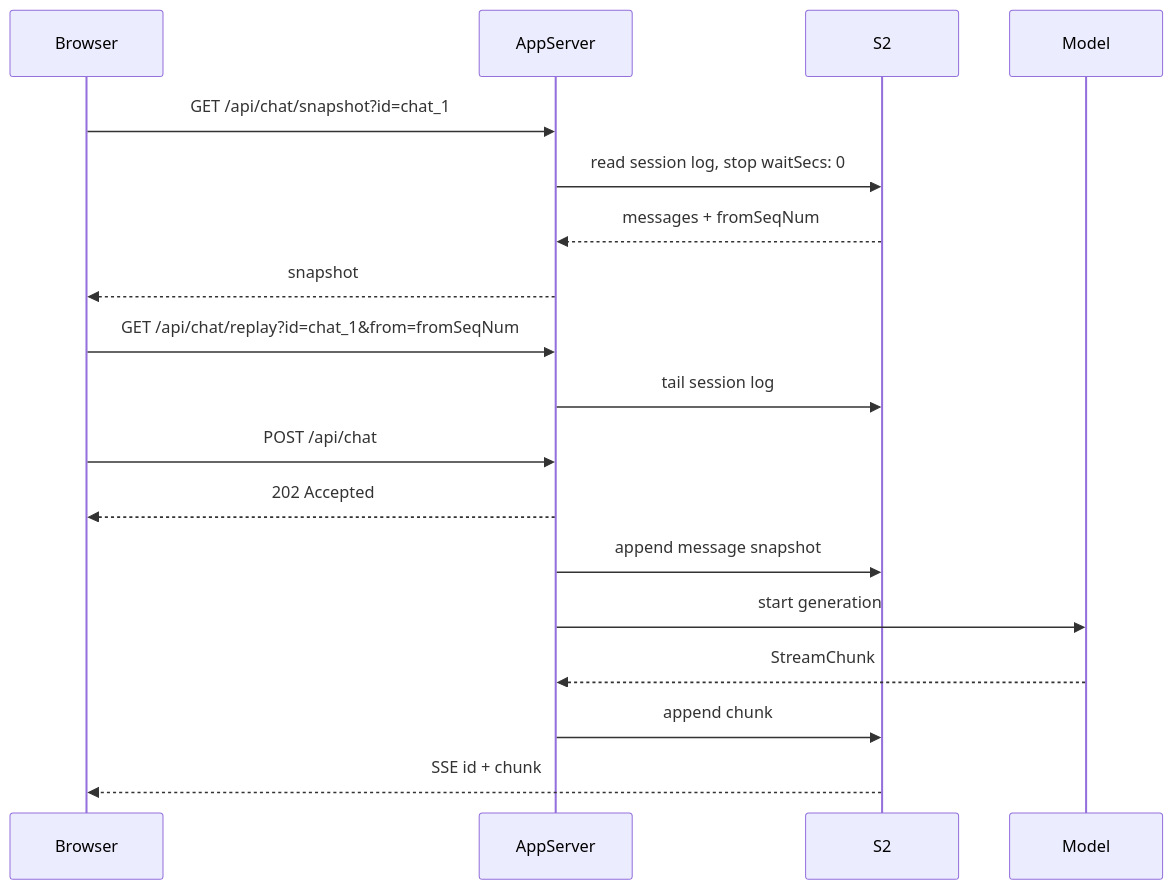
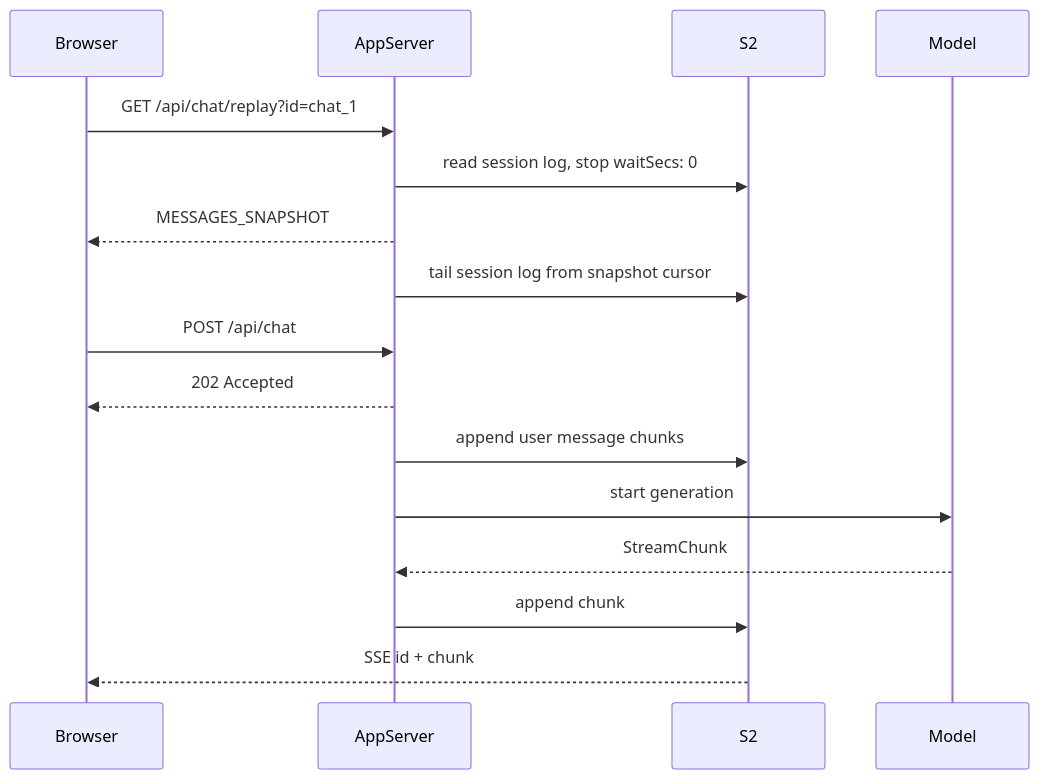
The diagram in examples/tanstack-ai-chat/README.md (s2-streamstore/s2-sdk-typescript), drawn with Mermaid before and after one commit. The commit also changed other lines of this file and 15 other files, not shown here.

````diff
--- a/examples/tanstack-ai-chat/README.md
+++ b/examples/tanstack-ai-chat/README.md
@@ -41,23 +40,20 @@
 ```mermaid
 sequenceDiagram
   participant Browser
   participant AppServer
   participant S2
   participant Model
 
-  Browser->>AppServer: GET /api/chat/snapshot?id=chat_1
+  Browser->>AppServer: GET /api/chat/replay?id=chat_1
   AppServer->>S2: read session log, stop waitSecs: 0
-  S2-->>AppServer: messages + fromSeqNum
-  AppServer-->>Browser: snapshot
-
-  Browser->>AppServer: GET /api/chat/replay?id=chat_1&from=fromSeqNum
-  AppServer->>S2: tail session log
+  AppServer-->>Browser: MESSAGES_SNAPSHOT
+  AppServer->>S2: tail session log from snapshot cursor
 
   Browser->>AppServer: POST /api/chat
   AppServer-->>Browser: 202 Accepted
-  AppServer->>S2: append message snapshot
+  AppServer->>S2: append user message chunks
   AppServer->>Model: start generation
   Model-->>AppServer: StreamChunk
   AppServer->>S2: append chunk
   S2-->>Browser: SSE id + chunk
 ```
````
